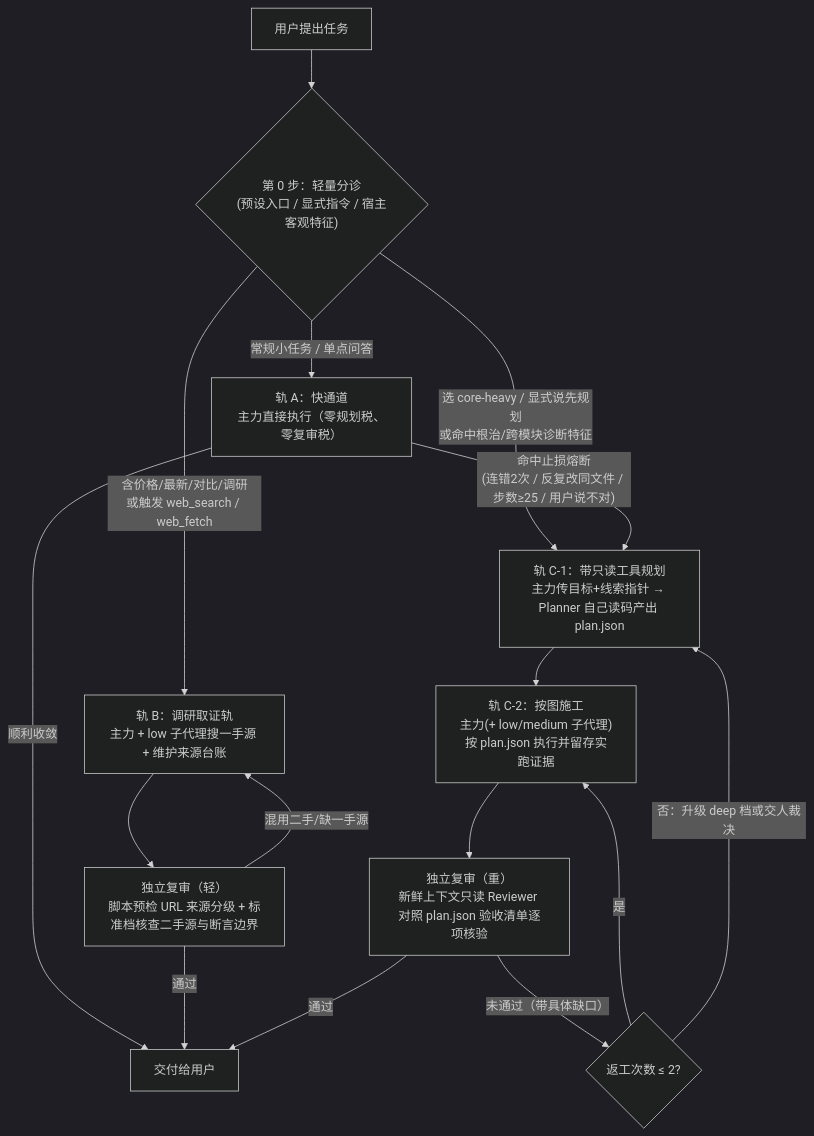
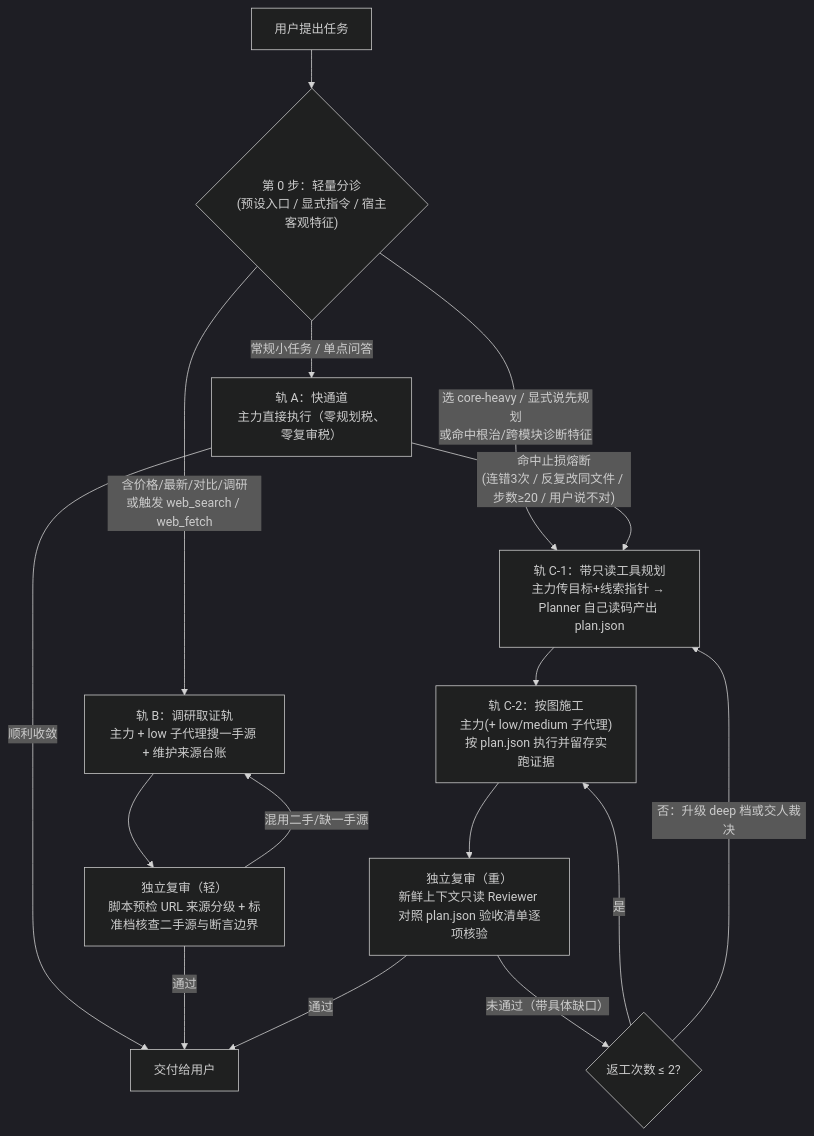
Before and after one commit to Soul-Charge/dsh-tiered-workflow: the diagram in docs/WORKFLOW-ARCHITECTURE.md, drawn with Mermaid (dark theme). The commit also changed other lines of this file and 2 other files, not shown here.

````diff
--- a/docs/WORKFLOW-ARCHITECTURE.md
+++ b/docs/WORKFLOW-ARCHITECTURE.md
@@ -98,23 +98,23 @@
 ```mermaid
 flowchart TD
     U["用户提出任务"] --> T{"第 0 步：轻量分诊<br/>(预设入口 / 显式指令 / 宿主客观特征)"}
 
     T -->|"常规小任务 / 单点问答"| A["轨 A：快通道<br/>主力直接执行（零规划税、零复审税）"]
     T -->|"含价格/最新/对比/调研<br/>或触发 web_search / web_fetch"| B["轨 B：调研取证轨<br/>主力 + low 子代理搜一手源 + 维护来源台账"]
     T -->|"选 core-heavy / 显式说先规划<br/>或命中根治/跨模块诊断特征"| C1["轨 C-1：带只读工具规划<br/>主力传目标+线索指针 → Planner 自己读码产出 plan.json"]
 
-    A -->|"命中止损熔断<br/>(连错2次 / 反复改同文件 / 步数≥25 / 用户说不对)"| C1
+    A -->|"命中止损熔断<br/>(连错3次 / 反复改同文件 / 步数≥20 / 用户说不对)"| C1
     A -->|"顺利收敛"| Done["交付给用户"]
 
     C1 --> C2["轨 C-2：按图施工<br/>主力(+ low/medium 子代理)按 plan.json 执行并留存实跑证据"]
 
     B --> RB["独立复审（轻）<br/>脚本预检 URL 来源分级 + 标准档核查二手源与断言边界"]
     C2 --> RC["独立复审（重）<br/>新鲜上下文只读 Reviewer 对照 plan.json 验收清单逐项核验"]
 
     RB -->|"通过"| Done
     RB -->|"混用二手/缺一手源"| B
     RC -->|"通过"| Done
     RC -->|"未通过（带具体缺口）"| Loop{"返工次数 ≤ 2?"}
     Loop -->|"是"| C2
     Loop -->|"否：升级 deep 档或交人裁决"| C1
 ```
````
